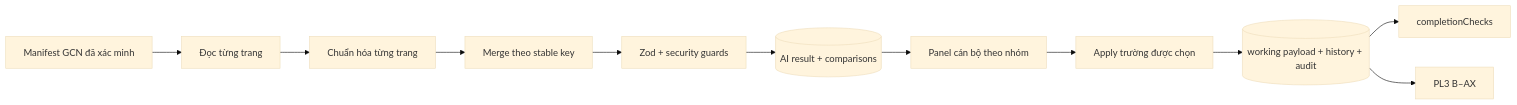
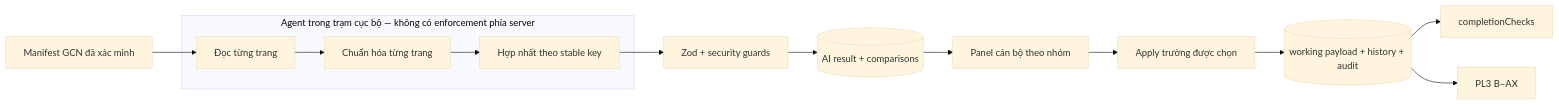
One commit to vi-phuong-158/capphongchau changed the diagram in docs/gcn-v2/GCN_V2_ARCHITECTURE.md. Above: the diagram before and after it, drawn with Mermaid (base theme). The commit also changed other lines of this file and 3 other files, not shown here.

First line of the commit message:
docs(gcn-v2): state that the agent merges pages, not the server

````diff
--- a/docs/gcn-v2/GCN_V2_ARCHITECTURE.md
+++ b/docs/gcn-v2/GCN_V2_ARCHITECTURE.md
@@ -17,13 +17,15 @@
 ```mermaid
 flowchart LR
-  M[Manifest GCN đã xác minh] --> P[Đọc từng trang]
-  P --> N[Chuẩn hóa từng trang]
-  N --> X[Merge theo stable key]
+  subgraph AGENT["Agent trong trạm cục bộ — không có enforcement phía server"]
+    P[Đọc từng trang] --> N[Chuẩn hóa từng trang]
+    N --> X[Hợp nhất theo stable key]
+  end
+  M[Manifest GCN đã xác minh] --> P
   X --> Z[Zod + security guards]
   Z --> R[(AI result + comparisons)]
   R --> U[Panel cán bộ theo nhóm]
   U --> A[Apply trường được chọn]
   A --> W[(working payload + history + audit)]
   W --> C[completionChecks]
   W --> E[PL3 B–AX]
 ```
````
